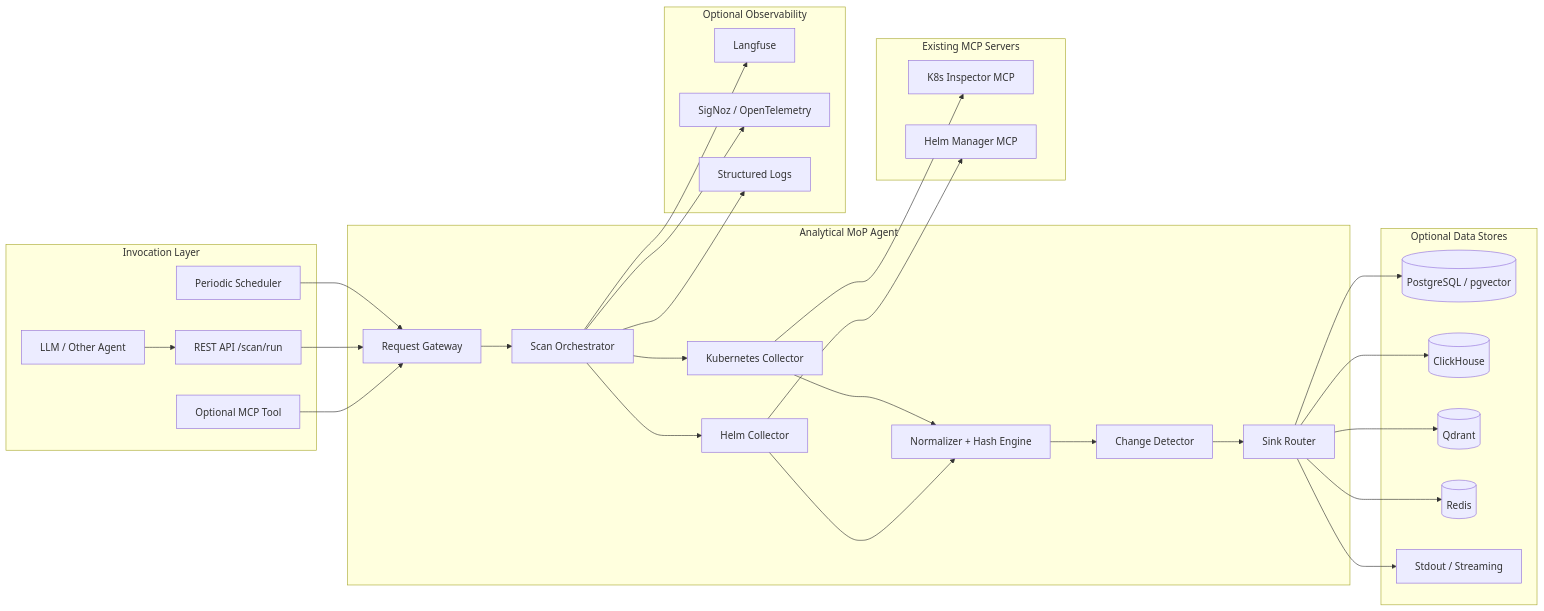
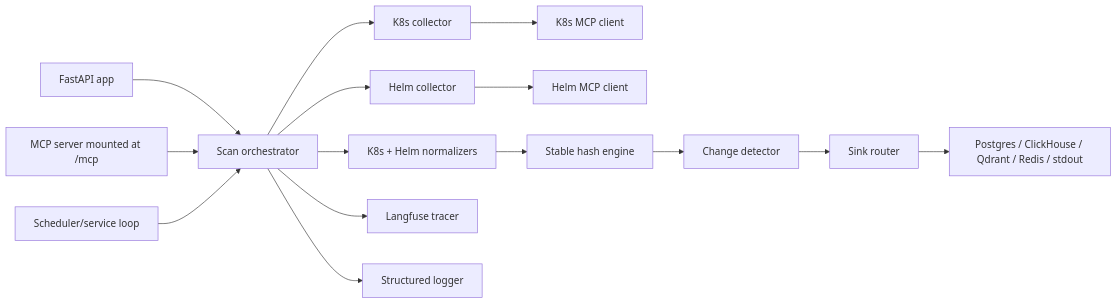
Before and after one commit to aveeshek/bosgenesis-k8s-data-ingestion-agent: the second of 4 diagrams in docs/02_HLD_ANALYTICAL_MOP_AGENT.md, drawn with Mermaid. The commit also changed other lines of this file and 4 other files, not shown here.

````diff
--- a/docs/02_HLD_ANALYTICAL_MOP_AGENT.md
+++ b/docs/02_HLD_ANALYTICAL_MOP_AGENT.md
@@ -19,65 +70,20 @@
 ```mermaid
 flowchart LR
-    subgraph Entry[Invocation Layer]
-        Scheduler[Periodic Scheduler]
-        REST[REST API /scan/run]
-        MCPTool[Optional MCP Tool]
-        LLM[LLM / Other Agent]
-    end
+    API["FastAPI app"] --> Orchestrator["Scan orchestrator"]
+    MCPServer["MCP server mounted at /mcp"] --> Orchestrator
+    Scheduler["Scheduler/service loop"] --> Orchestrator
 
-    subgraph Agent[Analytical MoP Agent]
-        Gateway[Request Gateway]
-        Orchestrator[Scan Orchestrator]
-        KCollector[Kubernetes Collector]
-        HCollector[Helm Collector]
-        Normalizer[Normalizer + Hash Engine]
-        ChangeDetector[Change Detector]
-        SinkRouter[Sink Router]
-    end
+    Orchestrator --> KCollector["K8s collector"]
+    Orchestrator --> HCollector["Helm collector"]
+    KCollector --> KClient["K8s MCP client"]
+    HCollector --> HClient["Helm MCP client"]
 
-    subgraph ExistingMCP[Existing MCP Servers]
-        K8SMCP[K8s Inspector MCP]
-        HELMMCP[Helm Manager MCP]
-    end
+    Orchestrator --> Normalizers["K8s + Helm normalizers"]
+    Normalizers --> Hasher["Stable hash engine"]
+    Hasher --> Detector["Change detector"]
+    Detector --> SinkRouter["Sink router"]
 
-    subgraph Stores[Optional Data Stores]
-        PG[(PostgreSQL / pgvector)]
-        CH[(ClickHouse)]
-        QD[(Qdrant)]
-        REDIS[(Redis)]
-        OUT[Stdout / Streaming]
-    end
-
-    subgraph Observability[Optional Observability]
-        LF[Langfuse]
-        SZ[SigNoz / OpenTelemetry]
-        LOG[Structured Logs]
-    end
-
-    Scheduler --> Gateway
-    REST --> Gateway
-    MCPTool --> Gateway
-    LLM --> REST
-
-    Gateway --> Orchestrator
-    Orchestrator --> KCollector
-    Orchestrator --> HCollector
-
-    KCollector --> K8SMCP
-    HCollector --> HELMMCP
-
-    KCollector --> Normalizer
-    HCollector --> Normalizer
-    Normalizer --> ChangeDetector
-    ChangeDetector --> SinkRouter
-
-    SinkRouter --> PG
-    SinkRouter --> CH
-    SinkRouter --> QD
-    SinkRouter --> REDIS
-    SinkRouter --> OUT
-
-    Orchestrator --> LF
-    Orchestrator --> SZ
-    Orchestrator --> LOG
+    SinkRouter --> Sinks["Postgres / ClickHouse / Qdrant / Redis / stdout"]
+    Orchestrator --> Tracer["Langfuse tracer"]
+    Orchestrator --> Logger["Structured logger"]
 ```
````
